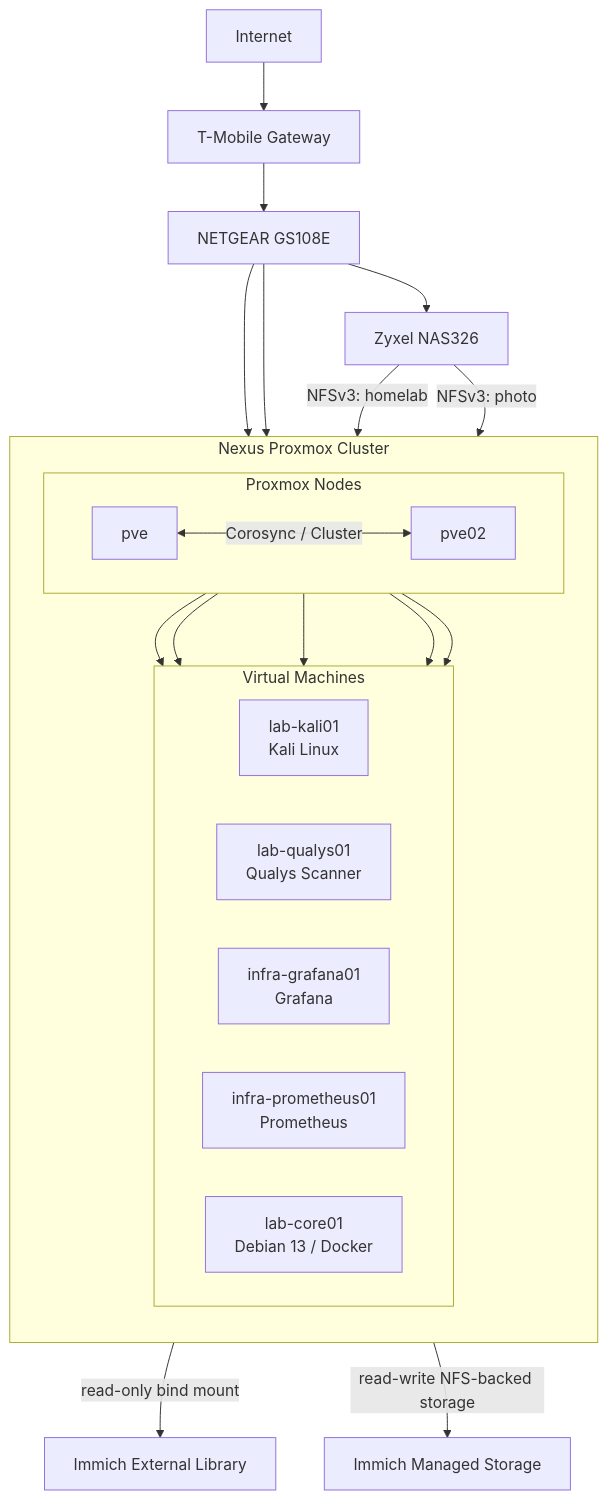
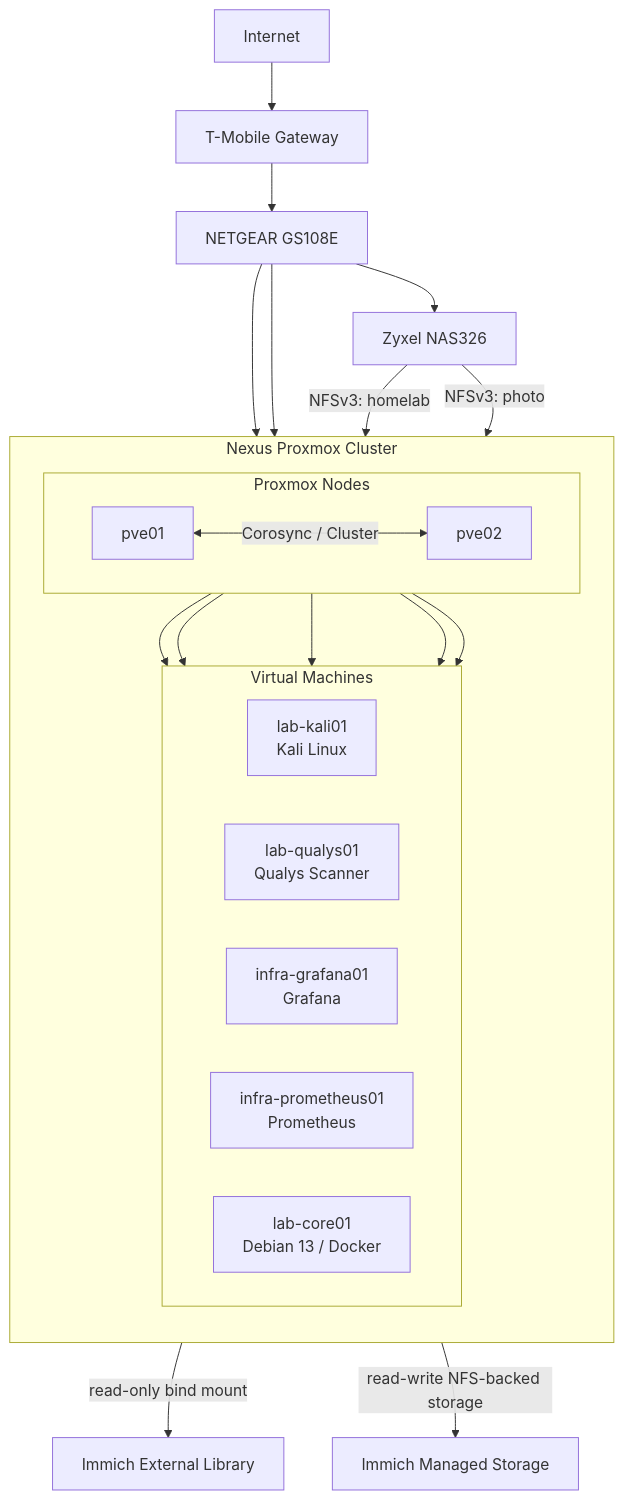
One commit to Tearstone/tearstone-homelab changed the first of 3 diagrams in docs/architecture.md. Above: the diagram before and after it, drawn with Mermaid. The commit also changed other lines of this file, not shown here.

Commit message:
Remove internal network identifiers from architecture documentation

````diff
--- a/docs/architecture.md
+++ b/docs/architecture.md
@@ -5,38 +5,38 @@
 ```mermaid
 graph TD
     Internet --> Router["T-Mobile Gateway"]
     Router --> Switch["NETGEAR GS108E"]
-    Switch --> NAS["Zyxel NAS326 <PRIVATE_IP>"]
+    Switch --> NAS["Zyxel NAS326"]
 
     subgraph Cluster["Nexus Proxmox Cluster"]
         direction TB
 
         subgraph Nodes["Proxmox Nodes"]
             direction LR
-            PVE["pve\n<PRIVATE_IP>"] <-->|"Corosync / Cluster"| PVE02["pve02\n<PRIVATE_IP>"]
+            PVE["pve01"] <-->|"Corosync / Cluster"| PVE02["pve02"]
         end
 
         subgraph Workloads["Virtual Machines"]
             direction LR
             Kali["lab-kali01\nKali Linux"]
             Qualys["lab-qualys01\nQualys Scanner"]
             Grafana["infra-grafana01\nGrafana"]
             Prometheus["infra-prometheus01\nPrometheus"]
             Core["lab-core01\nDebian 13 / Docker"]
         end
 
         PVE --> Kali
         PVE --> Qualys
         PVE --> Grafana
         PVE --> Prometheus
         PVE02 --> Core
     end
 
     Switch --> PVE
     Switch --> PVE02
 
     NAS -->|"NFSv3: homelab"| Core
     NAS -->|"NFSv3: photo"| Core
     Core -->|"read-only bind mount"| External["Immich External Library"]
     Core -->|"read-write NFS-backed storage"| Immich["Immich Managed Storage"]
 ```
````
